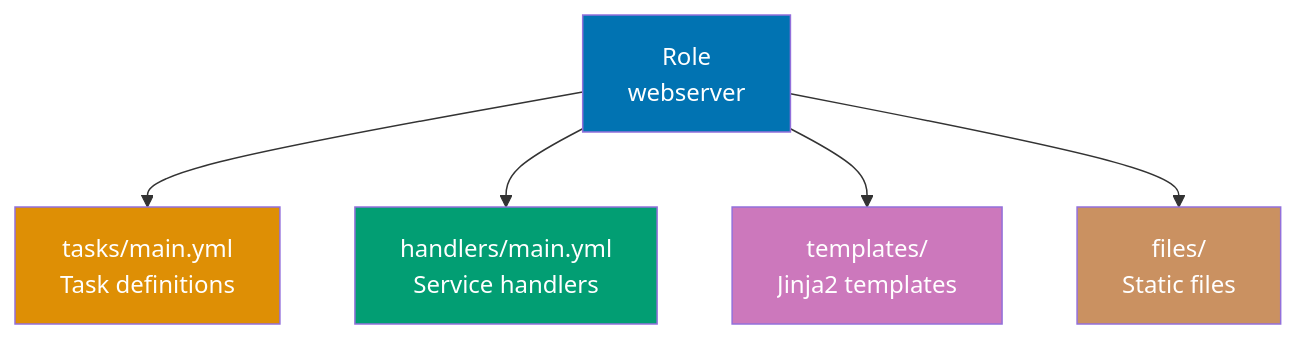
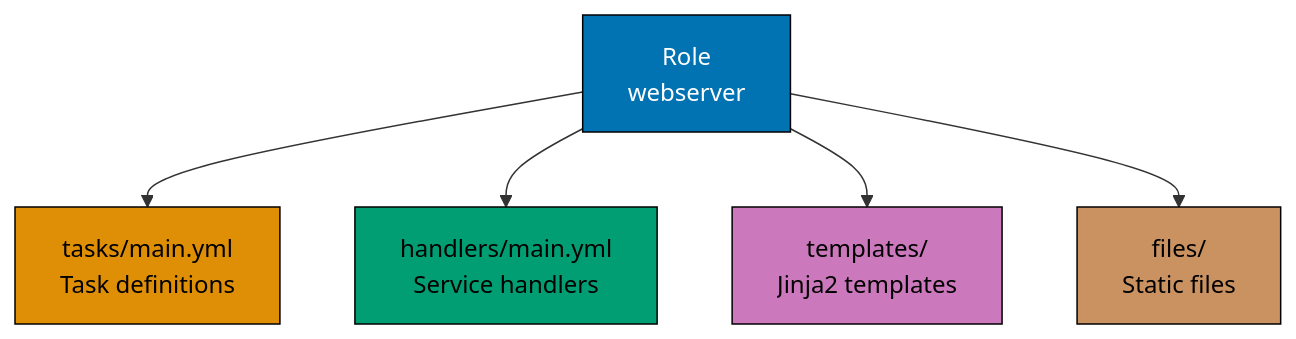
One commit to wahidyankf/ose-public changed the first of 11 diagrams in apps/ayokoding-www/content/en/learn/legacy/software-engineering/infrastructure/tools/ansible/by-example/intermediate.md. Above: the diagram before and after it, drawn with Mermaid. The commit also changed other lines of this file and 131 other files, not shown here.

First line of the commit message:
fix(mermaid): bring the legacy data, infrastructure, and testing diagrams onto the accessible palette

````diff
--- a/apps/ayokoding-www/content/en/learn/legacy/software-engineering/infrastructure/tools/ansible/by-example/intermediate.md
+++ b/apps/ayokoding-www/content/en/learn/legacy/software-engineering/infrastructure/tools/ansible/by-example/intermediate.md
@@ -20,14 +20,22 @@
 ```mermaid
 %% Color Palette: Blue #0173B2, Orange #DE8F05, Teal #029E73, Purple #CC78BC, Brown #CA9161
 graph TD
+ accTitle: Example 28: Basic Role Structure
+ accDescr: Graph with 5 nodes and 4 connections. Nodes: Role webserver, tasks/main.yml Task definitions, handlers/main.yml Service handlers, templates/ Jinja2 templates, files/ Static files. Connections: Role webserver to tasks/main.yml Task definitions, Role webserver to handlers/main.yml Service handlers, Role webserver to templates/ Jinja2 templates, Role webserver to files/ Static files.
  A["Role<br/>webserver"] --> B["tasks/main.yml<br/>Task definitions"]
  A --> C["handlers/main.yml<br/>Service handlers"]
  A --> D["templates/<br/>Jinja2 templates"]
  A --> E["files/<br/>Static files"]
 
- style A fill:#0173B2,color:#fff
- style B fill:#DE8F05,color:#fff
- style C fill:#029E73,color:#fff
- style D fill:#CC78BC,color:#fff
- style E fill:#CA9161,color:#fff
+ classDef pal-0173B2 fill:#0173B2,stroke:#000000,color:#FFFFFF
+ class A pal-0173B2
+ classDef pal-DE8F05 fill:#DE8F05,stroke:#000000,color:#000000
+ class B pal-DE8F05
+ classDef pal-029E73 fill:#029E73,stroke:#000000,color:#000000
+ class C pal-029E73
+ classDef pal-CC78BC fill:#CC78BC,stroke:#000000,color:#000000
+ class D pal-CC78BC
+ classDef pal-CA9161 fill:#CA9161,stroke:#000000,color:#000000
+ class E pal-CA9161
+ classDef default fill:#FFFFFF,stroke:#000000,color:#000000
 ```
````
